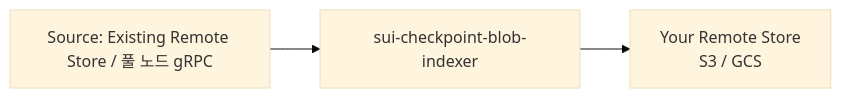
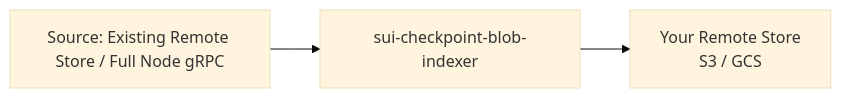
The diagram in docs/i18n/ko/docusaurus-plugin-content-docs/current/operators/data-management/remote-store-setup.mdx (Sui-Dev-Korea/sui), drawn with Mermaid (base theme) before and after one commit. The commit also changed other lines of this file and 253 other files, not shown here.

````diff
--- a/docs/i18n/ko/docusaurus-plugin-content-docs/current/operators/data-management/remote-store-setup.mdx
+++ b/docs/i18n/ko/docusaurus-plugin-content-docs/current/operators/data-management/remote-store-setup.mdx
@@ -12,5 +12,5 @@
 ```mermaid
 graph LR
-    A[Source: Existing Remote Store / 풀 노드 gRPC] --> B[sui-checkpoint-blob-indexer]
+    A[Source: Existing Remote Store / Full Node gRPC] --> B[sui-checkpoint-blob-indexer]
     B --> C[Your Remote Store<br/>S3 / GCS]
 ```
````
